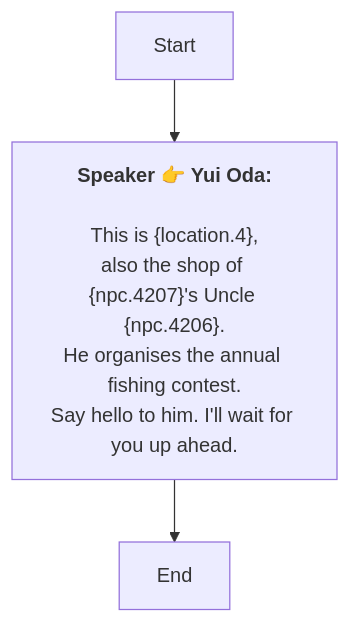
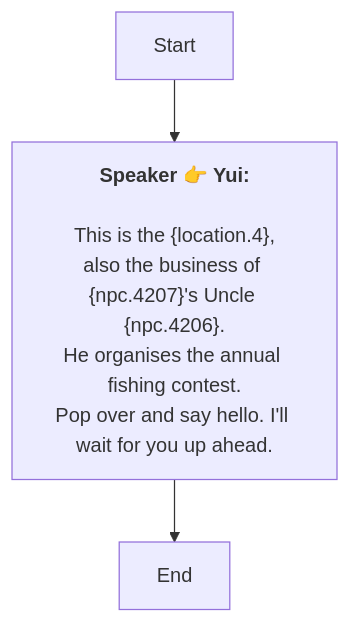
The diagram in En/QuestStartTalkENode_1741757843185991.md (SoftHu/tos_avg), drawn with Mermaid before and after one commit. The commit also changed 297 other files, not shown here.

````diff
--- a/En/QuestStartTalkENode_1741757843185991.md
+++ b/En/QuestStartTalkENode_1741757843185991.md
@@ -1,11 +1,11 @@
 ```mermaid
 graph
-Start -->1741757865484618[<b>Speaker 👉 Yui Oda:</b>
+Start -->1741757865484618[<b>Speaker 👉 Yui:</b>
 
-This is &lbrace;location.4&rbrace;,
-also the shop of &lbrace;npc.4207&rbrace;'s Uncle &lbrace;npc.4206&rbrace;.
+This is the &lbrace;location.4&rbrace;,
+also the business of &lbrace;npc.4207&rbrace;'s Uncle &lbrace;npc.4206&rbrace;.
 He organises the annual fishing contest.
-Say hello to him. I'll wait for you up ahead.]
+Pop over and say hello. I'll wait for you up ahead.]
 1741757865484618 -->1741757936613707[End]
 
  ```
````
